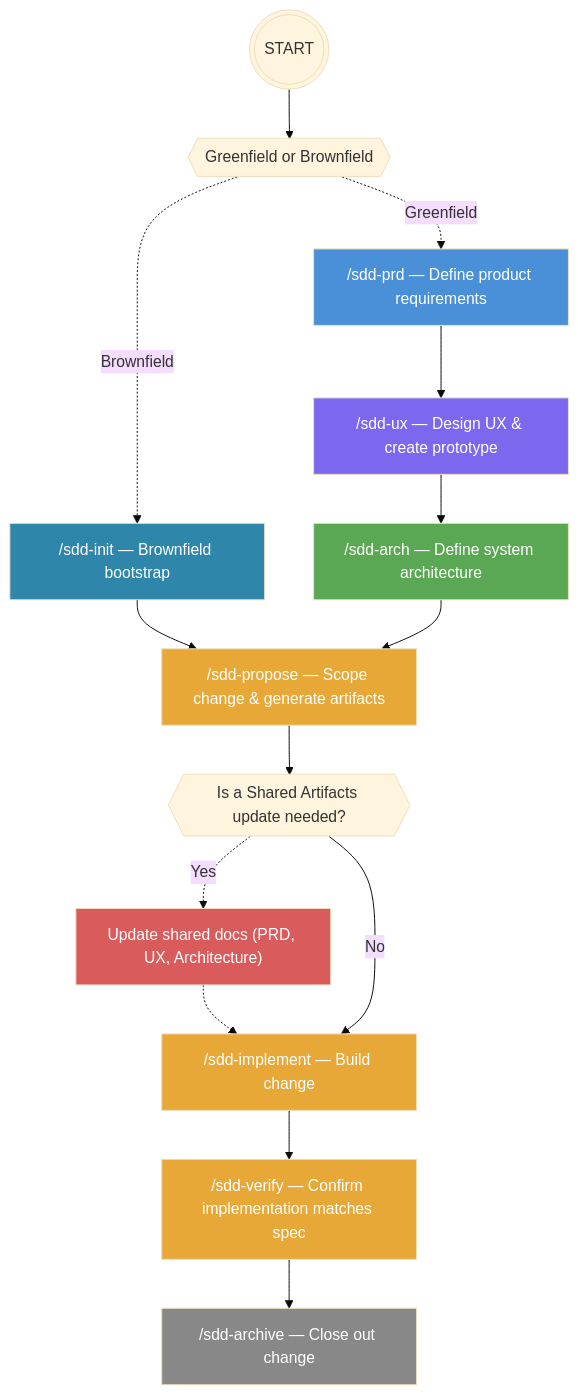
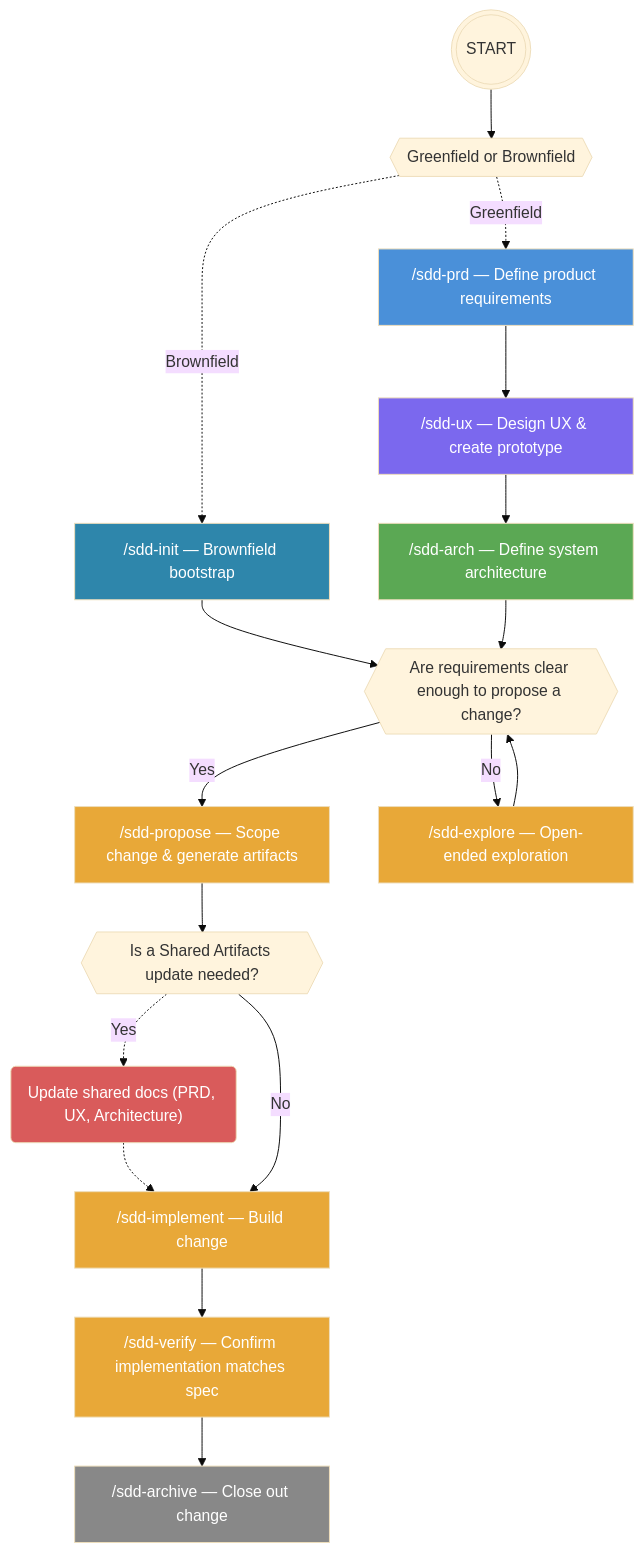
The diagram in src/sdd-team/README.md (AlessioScarfone/aine-copilot-plugins), drawn with Mermaid (base theme) before and after one commit. The commit also changed other lines of this file and 1 other file, not shown here.

Commit message:
feat: update flowchart and instructions to include explore mode for requirement clarification

````diff
--- a/src/sdd-team/README.md
+++ b/src/sdd-team/README.md
@@ -65,30 +65,32 @@
 ```mermaid
 flowchart TD
     START(((START))) --> PROJECT_TYPE{{Greenfield or Brownfield}} -. Greenfield .-> PRD
     PROJECT_TYPE   -. Brownfield .-> INIT
-    INIT["/sdd-init — Brownfield bootstrap"] --> PROPOSE
+    INIT["/sdd-init — Brownfield bootstrap"] --> CLEAR_REQ
 
     PRD["/sdd-prd — Define product requirements"] --> UX
     UX["/sdd-ux — Design UX & create prototype"] --> ARCH
-    ARCH["/sdd-arch — Define system architecture"] --> PROPOSE
+    ARCH["/sdd-arch — Define system architecture"] --> CLEAR_REQ{{Are requirements clear enough to propose a change?}} -- Yes--> PROPOSE
+    CLEAR_REQ -- No --> EXPLORE["/sdd-explore — Open-ended exploration"] --> CLEAR_REQ
 
     PROPOSE["/sdd-propose — Scope change & generate artifacts"] --> UPDATE
 
     UPDATE{{"Is a Shared Artifacts update needed?"}}
-    UPDATE -. Yes .-> UDPATE_SHARED["Update shared docs (PRD, UX, Architecture)"] .-> IMPLEMENT 
+    UPDATE -. Yes .-> UPDATE_SHARED("Update shared docs (PRD, UX, Architecture)") .-> IMPLEMENT 
     UPDATE -- No --> IMPLEMENT
 
     IMPLEMENT["/sdd-implement — Build change"] --> VERIFY
     VERIFY["/sdd-verify — Confirm implementation matches spec"] --> ARCHIVE
     ARCHIVE["/sdd-archive — Close out change"]
 
     style INIT fill:#2E86AB,color:#fff
     style PRD fill:#4A90D9,color:#fff
     style UX fill:#7B68EE,color:#fff
     style ARCH fill:#5BA854,color:#fff
     style PROPOSE fill:#E8A838,color:#fff
+    style EXPLORE fill:#E8A838,color:#fff
     style IMPLEMENT fill:#E8A838,color:#fff
     style VERIFY fill:#E8A838,color:#fff
     style ARCHIVE fill:#888,color:#fff
-    style UDPATE_SHARED fill:#D95B5B,color:#fff
+    style UPDATE_SHARED fill:#D95B5B,color:#fff
 ```
````
